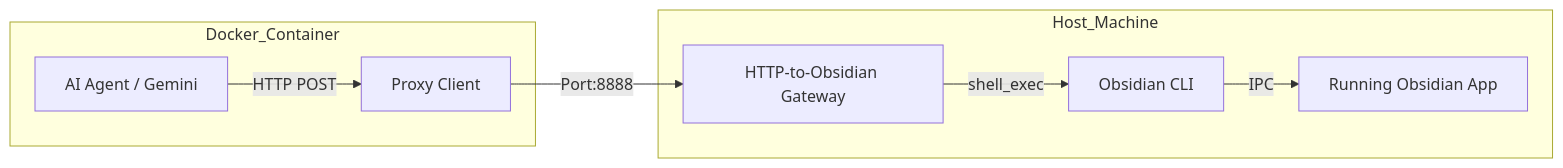
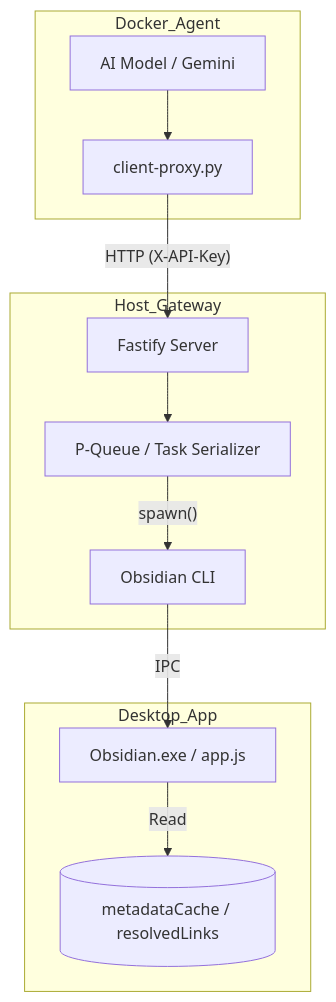
Before and after one commit to liuh886/http-to-obsidian-cli-gateway: the diagram in README.md, drawn with Mermaid. The commit also changed other lines of this file and 7 other files, not shown here.

````diff
--- a/README.md
+++ b/README.md
@@ -147,12 +121,17 @@
 ```mermaid
-graph LR
-    subgraph Docker_Container
-        A[AI Agent / Gemini] -- HTTP POST --> B[Proxy Client]
+graph TD
+    subgraph Docker_Agent
+        A[AI Model / Gemini] --> B[client-proxy.py]
     end
     
-    subgraph Host_Machine
-        B -- Port:8888 --> C[HTTP-to-Obsidian Gateway]
-        C -- shell_exec --> D[Obsidian CLI]
-        D -- IPC --> E[Running Obsidian App]
+    subgraph Host_Gateway
+        B -- "HTTP (X-API-Key)" --> C[Fastify Server]
+        C --> D[P-Queue / Task Serializer]
+        D -- "spawn()" --> E[Obsidian CLI]
+    end
+    
+    subgraph Desktop_App
+        E -- "IPC" --> F[Obsidian.exe / app.js]
+        F -- "Read" --> G[(metadataCache / resolvedLinks)]
     end
 ```
````
